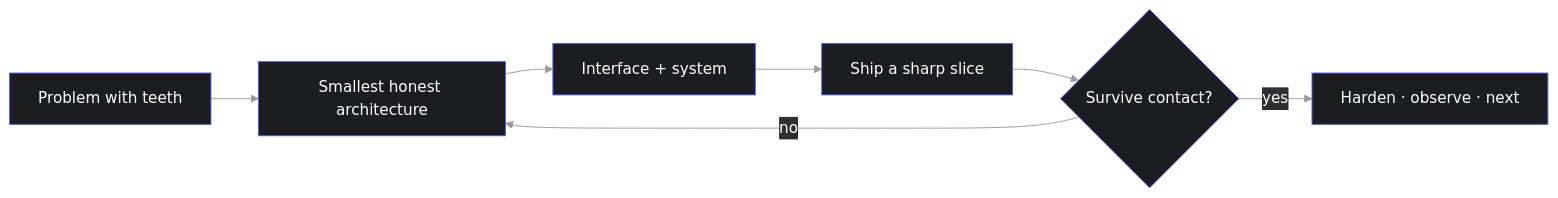
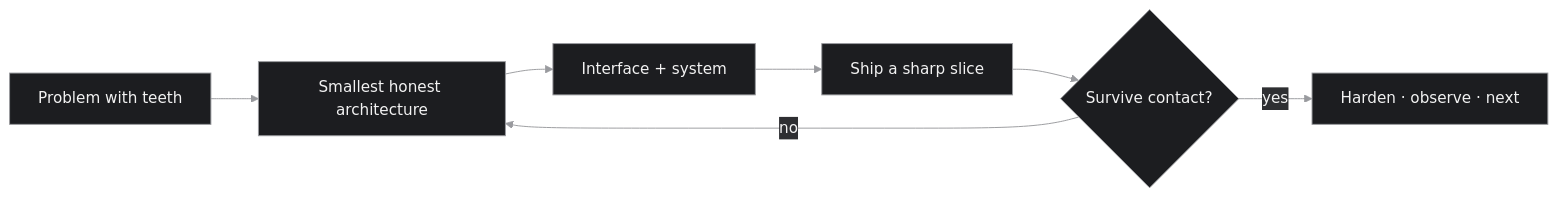
The diagram in README.md (sambhavthakkar/sambhavthakkar), drawn with Mermaid before and after one commit. The commit also changed other lines of this file and 9 other files, not shown here.

````diff
--- a/README.md
+++ b/README.md
@@ -96,17 +96,17 @@
 ```mermaid
 %%{init: {'theme':'base','themeVariables': {
   'primaryColor': '#1c1d20',
-  'primaryTextColor': '#ffffff',
-  'primaryBorderColor': '#455ce9',
+  'primaryTextColor': '#f2f2f2',
+  'primaryBorderColor': '#999a9e',
   'lineColor': '#999a9e',
   'secondaryColor': '#2e2f32',
-  'tertiaryColor': '#1c1d20'
+  'tertiaryColor': '#141414'
 }}}%%
 flowchart LR
   A[Problem with teeth] --> B[Smallest honest architecture]
   B --> C[Interface + system]
   C --> D[Ship a sharp slice]
   D --> E{Survive contact?}
   E -->|no| B
   E -->|yes| F[Harden · observe · next]
 ```
````
